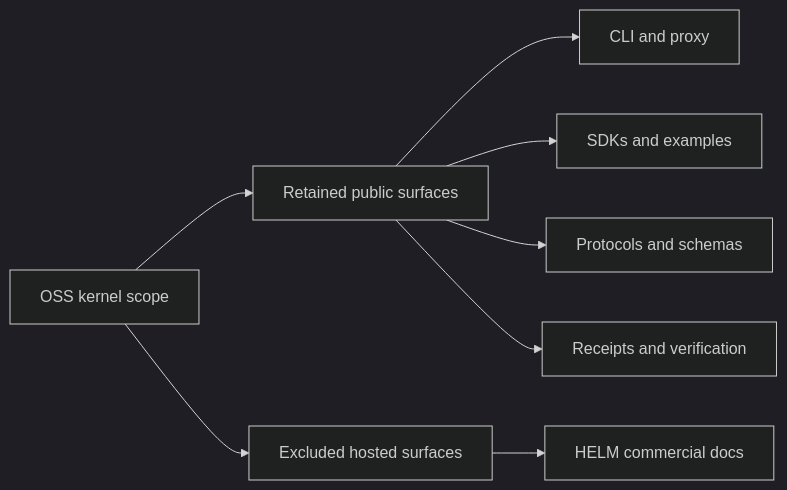
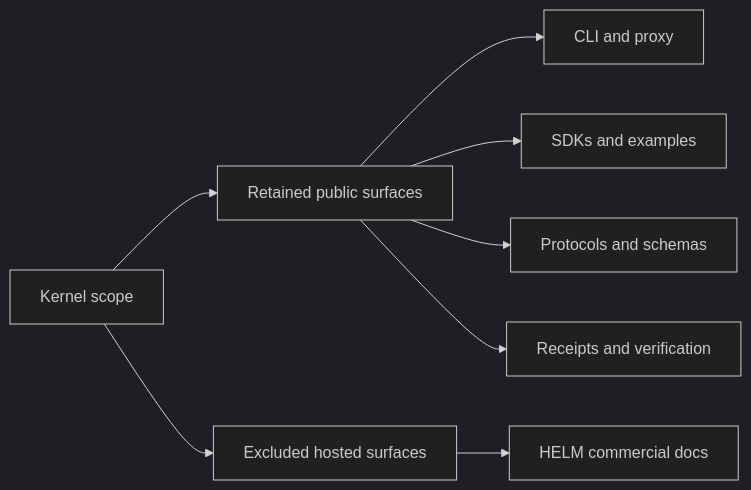
Before and after one commit to Mindburn-Labs/helm-ai-kernel: the diagram in docs/KERNEL_SCOPE.md, drawn with Mermaid (dark theme). The commit also changed other lines of this file and 3 other files, not shown here.

Commit message:
docs: finish kernel scope reconciliation

````diff
--- a/docs/KERNEL_SCOPE.md
+++ b/docs/KERNEL_SCOPE.md
@@ -193,10 +193,10 @@
 ```mermaid
 flowchart LR
-  oss["OSS kernel scope"] --> retain["Retained public surfaces"]
+  kernel["Kernel scope"] --> retain["Retained public surfaces"]
   retain --> cli["CLI and proxy"]
   retain --> sdk["SDKs and examples"]
   retain --> protocol["Protocols and schemas"]
   retain --> verify["Receipts and verification"]
-  oss --> exclude["Excluded hosted surfaces"]
+  kernel --> exclude["Excluded hosted surfaces"]
   exclude --> commercial["HELM commercial docs"]
 ```
````
